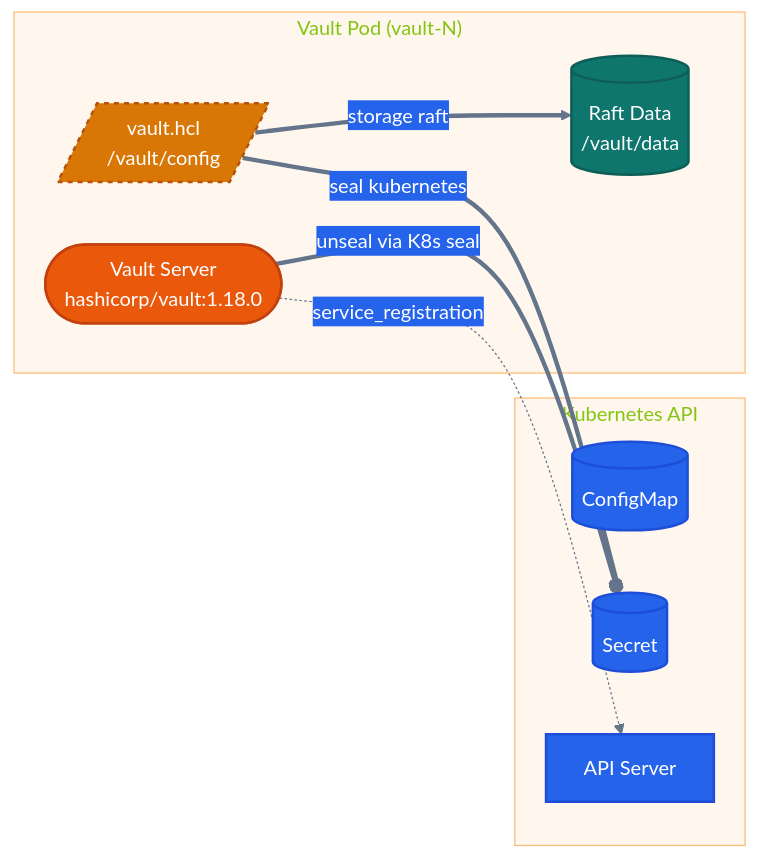
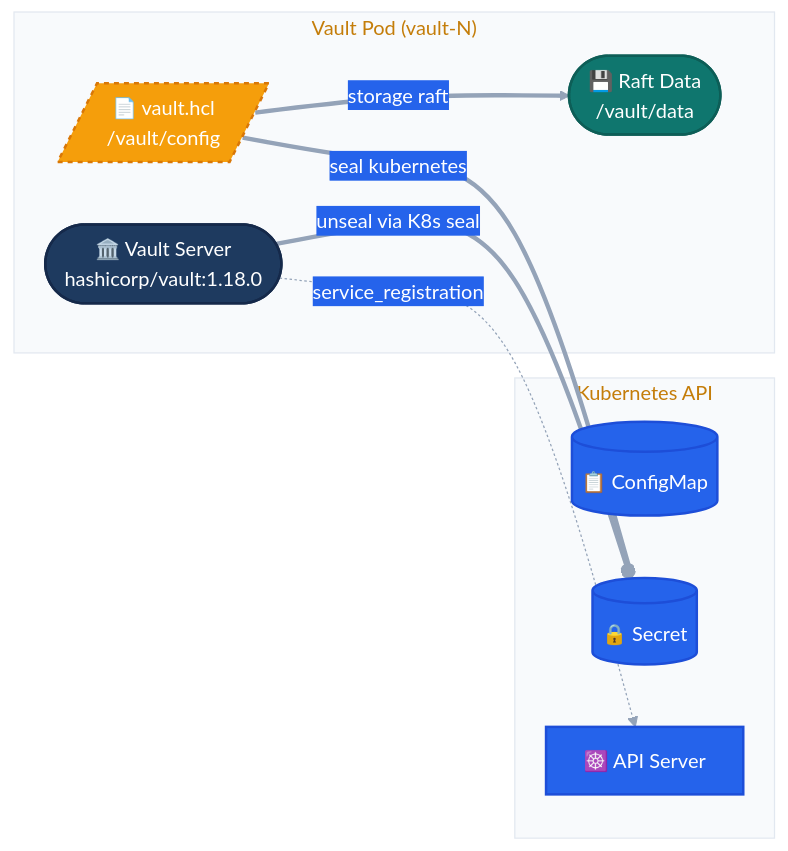
The second of 5 diagrams in secrets-management/vault/README.md (Orpere/kind), drawn with Mermaid before and after one commit. The commit also changed other lines of this file and 1 other file, not shown here.

````diff
--- a/secrets-management/vault/README.md
+++ b/secrets-management/vault/README.md
@@ -52,30 +54,31 @@
 ```mermaid
-%%{init: {'theme': 'base', 'themeVariables': { 'primaryColor': '#EA580C', 'primaryTextColor': '#ffffff', 'primaryBorderColor': '#C2410C', 'lineColor': '#64748B', 'secondaryColor': '#2563EB', 'tertiaryColor': '#7C3AED', 'clusterBkg': '#FFF7ED', 'clusterBorder': '#FDBA74', 'fontFamily': 'system-ui, -apple-system, sans-serif' }}}%%
+%%{init: {"theme": "base", "themeVariables": {"primaryColor": "#1E3A5F", "primaryTextColor": "#FFFFFF", "primaryBorderColor": "#15294A", "lineColor": "#94A3B8", "secondaryColor": "#2563EB", "tertiaryColor": "#3B82F6", "clusterBkg": "#F8FAFC", "clusterBorder": "#E2E8F0", "nodeBorder": "#475569", "fontFamily": "system-ui, -apple-system, sans-serif"}}}%%
 graph LR
     subgraph "Vault Pod (vault-N)"
-        V([Vault Server<br/>hashicorp/vault:1.18.0])
-        CFG[/"vault.hcl<br/>/vault/config"/]
-        DATA[("Raft Data<br/>/vault/data")]
+        V([🏛️ Vault Server<br/>hashicorp/vault:1.18.0])
+        CFG[/"📄 vault.hcl<br/>/vault/config"/]
+        DATA([💾 Raft Data<br/>/vault/data])
     end
 
     subgraph "Kubernetes API"
-        CM[(ConfigMap)]
-        SEC[(Secret)]
-        API[API Server]
+        CM[(📋 ConfigMap)]
+        SEC[(🔒 Secret)]
+        API[☸️ API Server]
     end
 
     CFG ==>|"storage raft"| DATA
     CFG ==>|"seal kubernetes"| SEC
     V ==o|"unseal via K8s seal"| SEC
     V -.->|"service_registration"| API
 
-    classDef vault fill:#EA580C,color:#ffffff,stroke:#C2410C,stroke-width:2px
-    classDef config fill:#D97706,color:#ffffff,stroke:#B45309,stroke-width:2px,stroke-dasharray: 4
-    classDef storage fill:#0F766E,color:#ffffff,stroke:#0D5E57,stroke-width:2px
-    classDef k8s fill:#2563EB,color:#ffffff,stroke:#1D4ED8,stroke-width:2px
+    classDef primary fill:#1E3A5F,color:#FFFFFF,stroke:#15294A,stroke-width:2px
+    classDef secondary fill:#2563EB,color:#FFFFFF,stroke:#1D4ED8,stroke-width:2px
+    classDef tertiary fill:#3B82F6,color:#FFFFFF,stroke:#2563EB,stroke-width:2px
+    classDef accent fill:#F59E0B,color:#FFFFFF,stroke:#D97706,stroke-width:2px,stroke-dasharray: 4
+    classDef data fill:#0F766E,color:#FFFFFF,stroke:#0D5E57,stroke-width:2px
 
-    class V vault
-    class CFG config
-    class DATA storage
-    class CM,SEC,API k8s
+    class V primary
+    class CFG accent
+    class DATA data
+    class CM,SEC,API secondary
 ```
````
